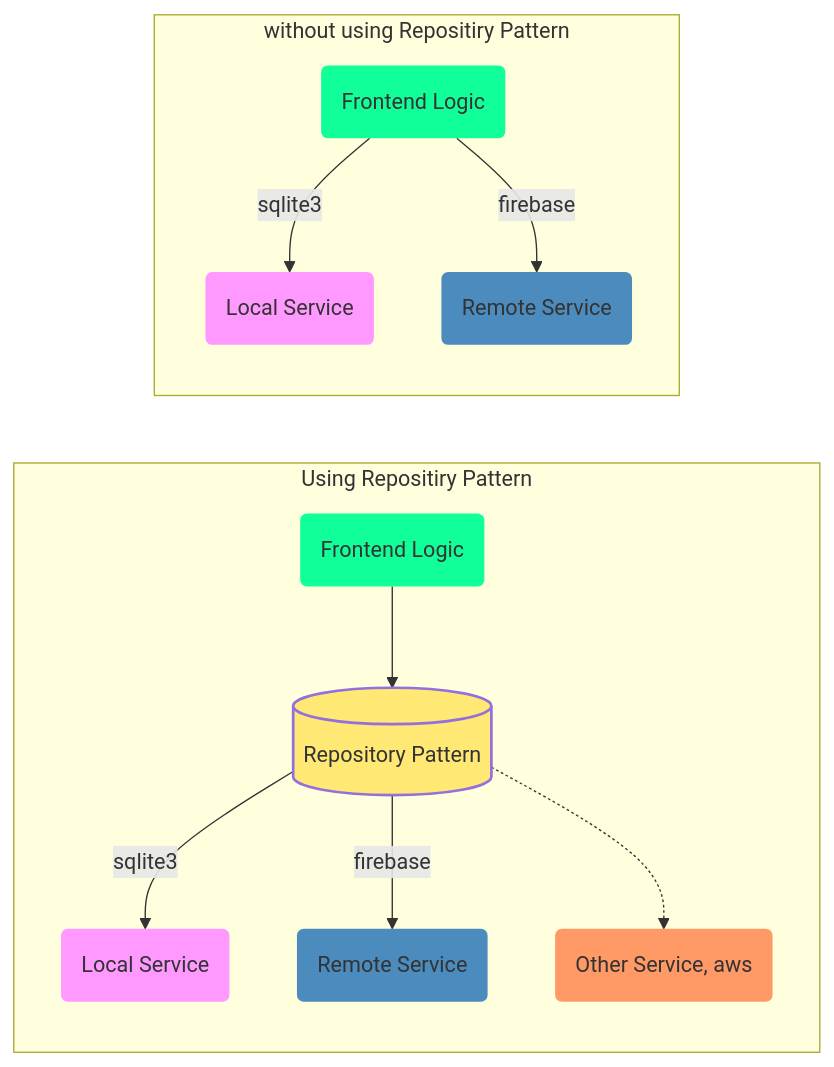
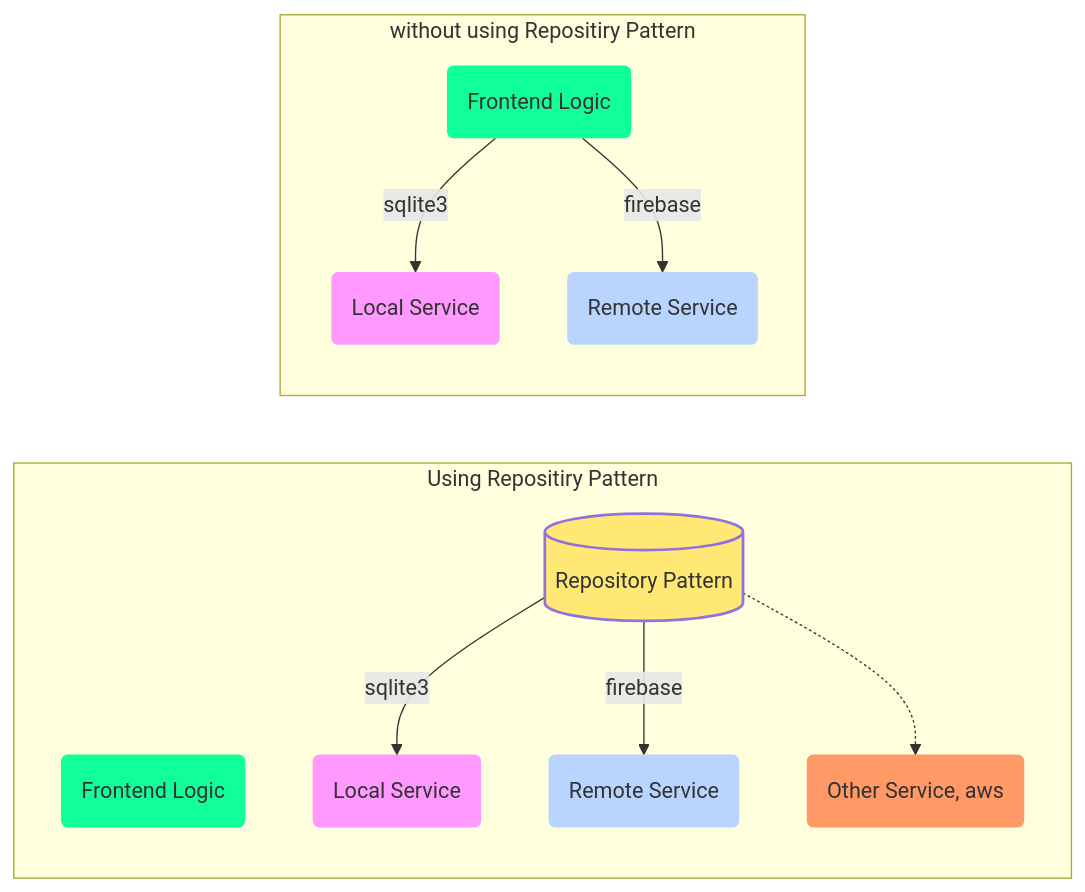
The second of 2 diagrams in docs/Tutorials/11_designpatterns.md (avimehenwal/python.avimehenwal), drawn with Mermaid before and after one commit. The commit also changed other lines of this file and 14 other files, not shown here.

````diff
--- a/docs/Tutorials/11_designpatterns.md
+++ b/docs/Tutorials/11_designpatterns.md
@@ -53,34 +54,33 @@
 ```mermaid
 graph LR
 
 subgraph Using Repositiry Pattern
    A(Frontend Logic):::green
    B[(Repository Pattern)]:::yellow
    C(Local Service):::purple
    D(Remote Service):::blue
    X(Other Service, aws):::orange
 
-   A --> B
    B -- sqlite3 --> C
    B -- firebase --> D
    B -.-> X
 end
 
 subgraph without using Repositiry Pattern
    E(Frontend Logic):::green
    F(Local Service):::purple
    G(Remote Service):::blue
 
    E -- sqlite3 --> F
    E -- firebase --> G
 end
 
 
 classDef green fill:#1f9,stroke-width:0px;
 classDef orange fill:#f96,stroke-width:0px;
 classDef yellow fill:#FFE873,stroke-width:2px;
-classDef blue fill:#4B8BBE,stroke-width:0px;
+classDef blue fill:#b8d4ff,stroke-width:0px;
 classDef purple fill:#f9f,stroke:#333,stroke-width:0px;
 
 click A "https://www.wikipedia.org/" "Click to open wikipedia"
 ```
````
